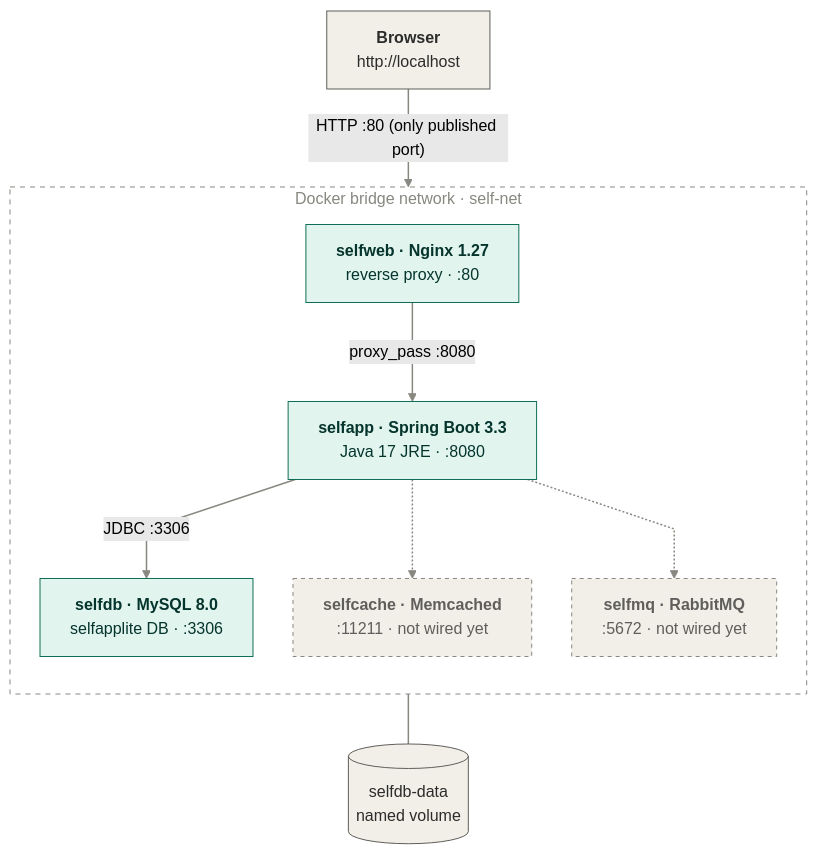
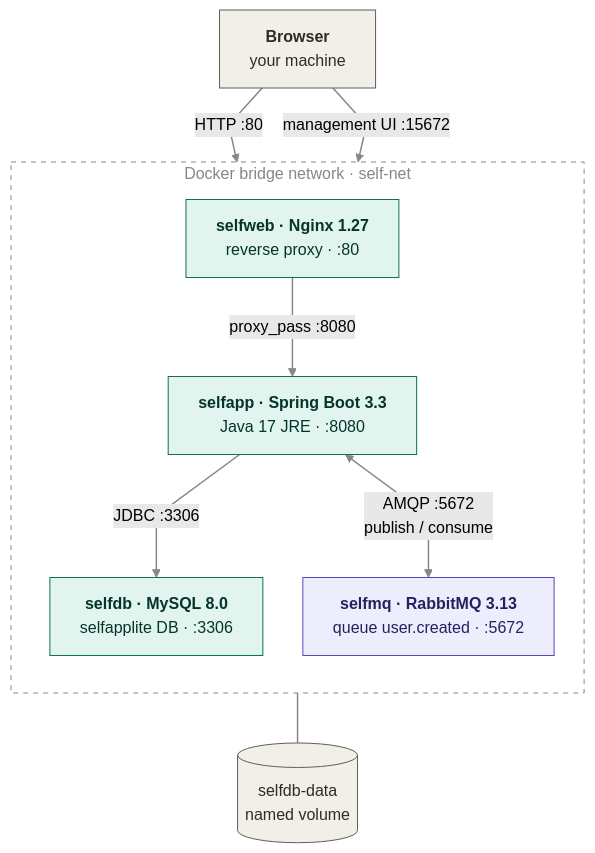
Before and after one commit to alexiglesias/docker-buildlab-selfapp: the first of 2 diagrams in README.md, drawn with Mermaid (forest theme). The commit also changed other lines of this file and 6 other files, not shown here.

````diff
--- a/README.md
+++ b/README.md
@@ -36,32 +45,31 @@
 ```mermaid
 %%{init: {'flowchart': {'curve': 'linear', 'nodeSpacing': 40, 'rankSpacing': 50}}}%%
 flowchart TD
-    BR["<b>Browser</b><br/>http://localhost"]
+    BR["<b>Browser</b><br/>your machine"]
 
     subgraph NET["Docker bridge network · self-net"]
         direction TB
         WEB["<b>selfweb · Nginx 1.27</b><br/>reverse proxy · :80"]
         APP["<b>selfapp · Spring Boot 3.3</b><br/>Java 17 JRE · :8080"]
         DB["<b>selfdb · MySQL 8.0</b><br/>selfapplite DB · :3306"]
-        MC["<b>selfcache · Memcached</b><br/>:11211 · not wired yet"]
-        MQ["<b>selfmq · RabbitMQ</b><br/>:5672 · not wired yet"]
+        MQ["<b>selfmq · RabbitMQ 3.13</b><br/>queue user.created · :5672"]
     end
 
     VOL[("selfdb-data<br/>named volume")]
 
-    BR -->|"HTTP :80 (only published port)"| WEB
+    BR -->|"HTTP :80"| WEB
+    BR -->|"management UI :15672"| MQ
     WEB -->|"proxy_pass :8080"| APP
     APP -->|"JDBC :3306"| DB
+    APP <-->|"AMQP :5672<br/>publish / consume"| MQ
     DB --- VOL
-    APP -.-> MC
-    APP -.-> MQ
 
     classDef host fill:#F1EFE8,stroke:#5F5E5A,stroke-width:1px,color:#2C2C2A
     classDef tier fill:#E1F5EE,stroke:#0F6E56,stroke-width:1px,color:#04342C
-    classDef idle fill:#F1EFE8,stroke:#888780,stroke-width:1px,stroke-dasharray:4 4,color:#5F5E5A
+    classDef msg fill:#EEEDFE,stroke:#534AB7,stroke-width:1px,color:#26215C
     class BR,VOL host
     class WEB,APP,DB tier
-    class MC,MQ idle
+    class MQ msg
     style NET fill:transparent,stroke:#888780,stroke-width:1px,stroke-dasharray:5 5,color:#888780
     linkStyle default stroke:#888780,stroke-width:1.5px
 ```
````
